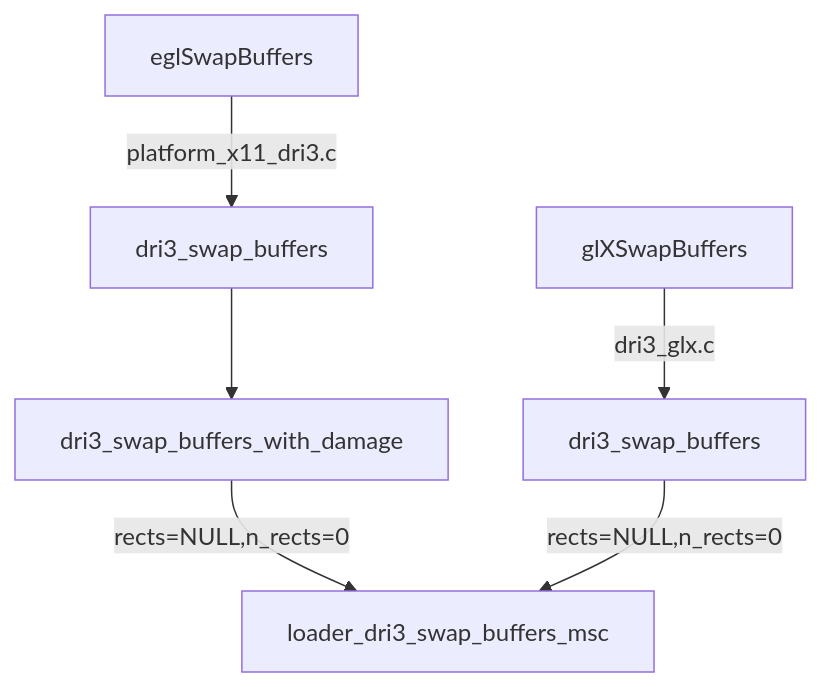
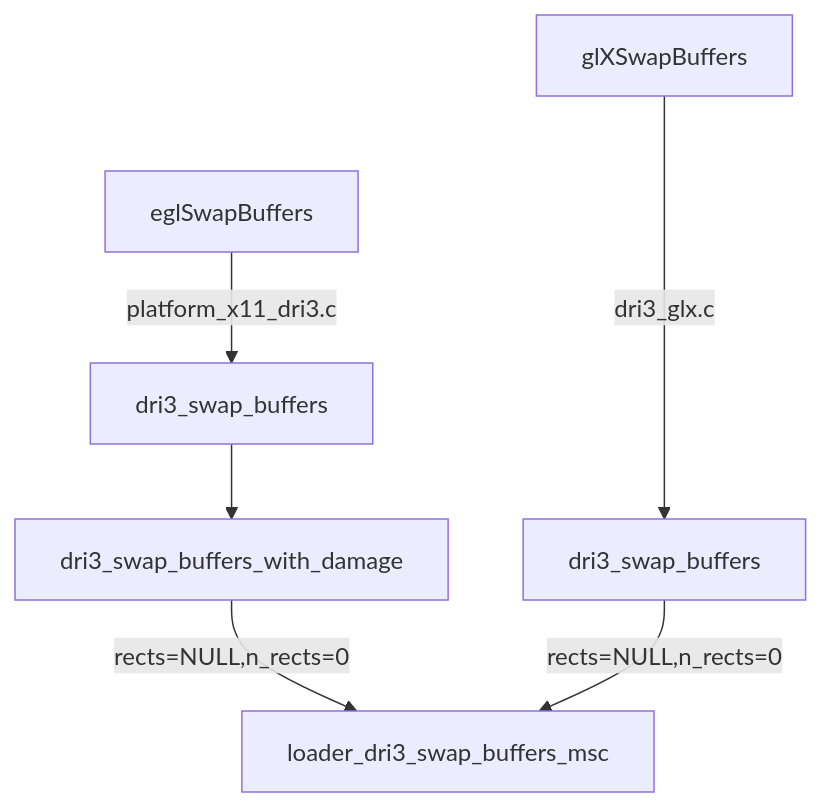
Before and after one commit to lucmann/lucmann.github.io: the fourth of 4 diagrams in source/_posts/gfx/dri3.md, drawn with Mermaid.

Commit message:
gfx: dri3
IIUC, `---->` may be longer edge than `-->` in mermaid

````diff
--- a/source/_posts/gfx/dri3.md
+++ b/source/_posts/gfx/dri3.md
@@ -250,14 +250,14 @@
 ```mermaid
 flowchart TD
     A[eglSwapBuffers]
     B[dri3_swap_buffers]
     C[dri3_swap_buffers_with_damage]
     D[glXSwapBuffers]
     E[dri3_swap_buffers]
     F[loader_dri3_swap_buffers_msc]
     A -->|platform_x11_dri3.c| B
     B --> C
     C -->|rects=NULL,n_rects=0| F
-    D -->|dri3_glx.c| E
+    D ---->|dri3_glx.c| E
     E -->|rects=NULL,n_rects=0| F
 ```
````
